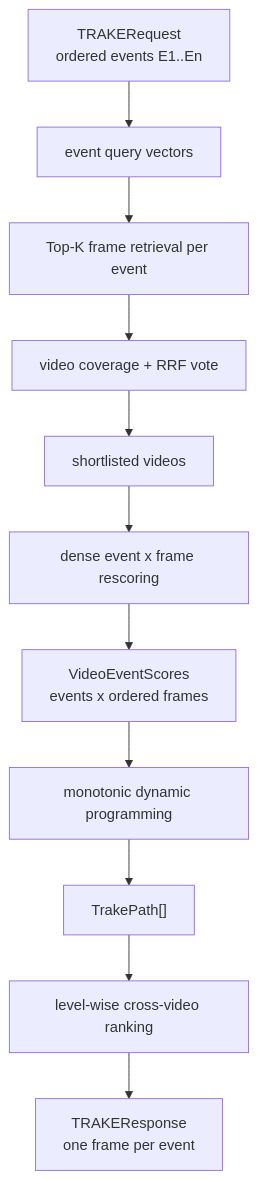
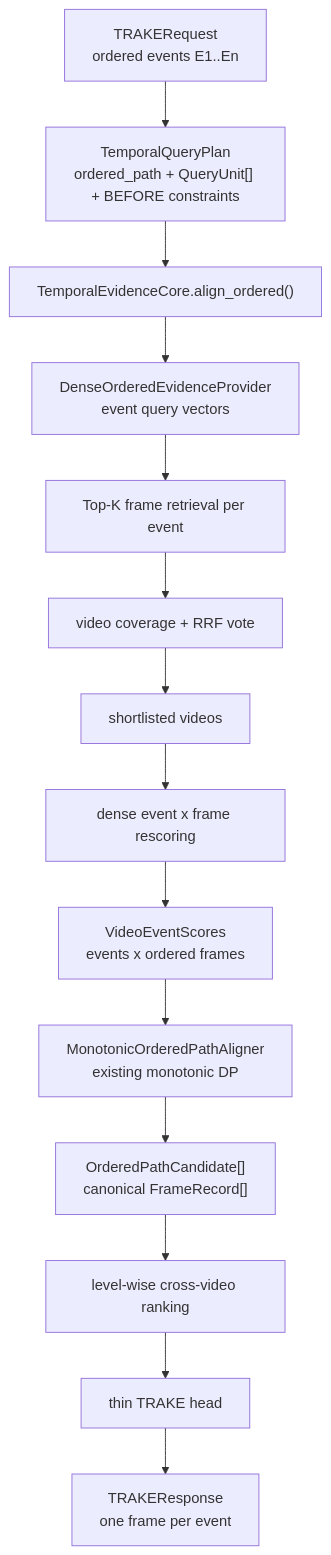
One commit to khang1108/MLeCDanBGold changed the tenth of 12 diagrams in src/hcmai/README.md. Above: the diagram before and after it, drawn with Mermaid. The commit also changed other lines of this file and 47 other files, not shown here.

First line of the commit message:
feat: complete reliable evidence and temporal convergence

````diff
--- a/src/hcmai/README.md
+++ b/src/hcmai/README.md
@@ -623,14 +674,17 @@
 ```mermaid
 flowchart TB
     REQ["TRAKERequest<br/>ordered events E1..En"]
-    REQ --> ENC["event query vectors"]
+    REQ --> PLAN["TemporalQueryPlan<br/>ordered_path + QueryUnit[] + BEFORE constraints"]
+    PLAN --> CORE["TemporalEvidenceCore.align_ordered()"]
+    CORE --> ENC["DenseOrderedEvidenceProvider<br/>event query vectors"]
     ENC --> ANN["Top-K frame retrieval per event"]
     ANN --> VOTE["video coverage + RRF vote"]
     VOTE --> SHORT["shortlisted videos"]
     SHORT --> RESCORE["dense event x frame rescoring"]
     RESCORE --> MATRIX["VideoEventScores<br/>events x ordered frames"]
-    MATRIX --> DP["monotonic dynamic programming"]
-    DP --> PATHS["TrakePath[]"]
+    MATRIX --> DP["MonotonicOrderedPathAligner<br/>existing monotonic DP"]
+    DP --> PATHS["OrderedPathCandidate[]<br/>canonical FrameRecord[]"]
     PATHS --> DIVERSE["level-wise cross-video ranking"]
-    DIVERSE --> OUT["TRAKEResponse<br/>one frame per event"]
+    DIVERSE --> HEAD["thin TRAKE head"]
+    HEAD --> OUT["TRAKEResponse<br/>one frame per event"]
 ```
````
